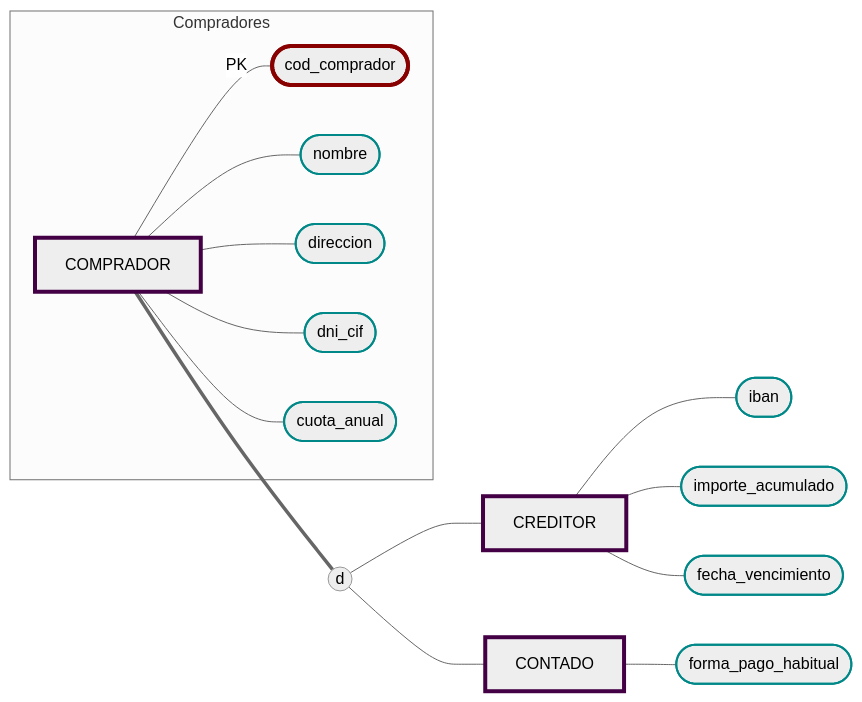
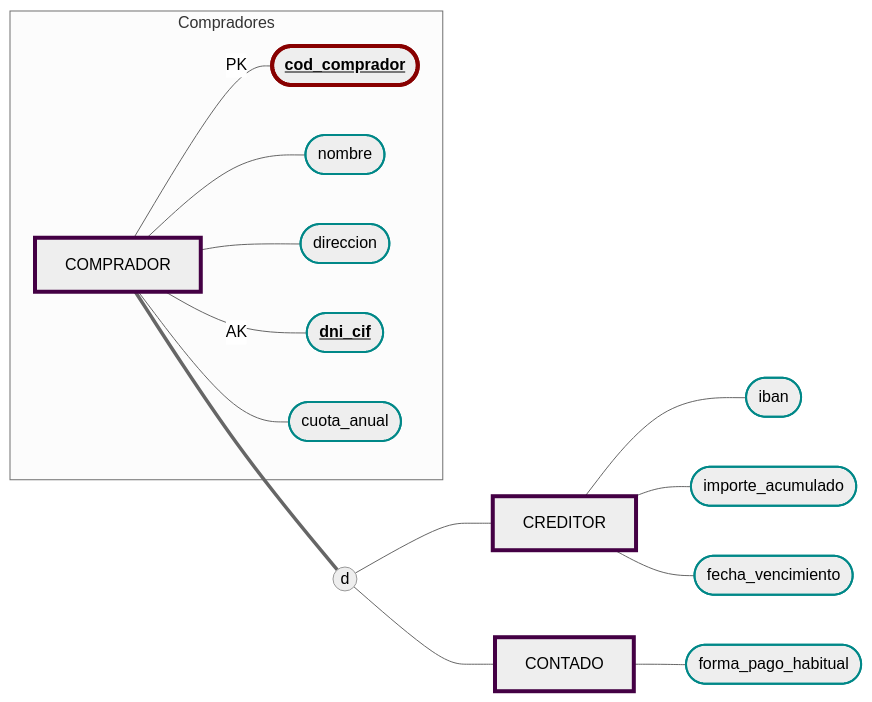
One commit to JulTob/BasesDeDatos changed the diagram in Practica/P1/Schema/Compradores.md. Above: the diagram before and after it, drawn with Mermaid (neutral theme). The commit also changed other lines of this file and 16 other files, not shown here.

````diff
--- a/Practica/P1/Schema/Compradores.md
+++ b/Practica/P1/Schema/Compradores.md
@@ -9,27 +9,27 @@
 ```mermaid
 flowchart LR
   classDef atributo stroke:#088,stroke-width:2px;
   classDef derivado stroke-width:3px, stroke-dasharray:3 3;
   classDef pk stroke:#800,stroke-width:4px;
   classDef fk stroke:#080,stroke-width:4px;
   classDef pkfk stroke:#880,stroke-width:4px;
   classDef entidad stroke:#404,stroke-width:4px;
 
   %% Atributos COMPRADOR
   subgraph Compradores
     Comprador[COMPRADOR]:::entidad
-    Comprador ---|PK| cod_comprador([cod_comprador]):::pk
+    Comprador ---|PK| cod_comprador(["<b><u>cod_comprador</u></b>"]):::pk
     Comprador --- nombre([nombre]):::atributo 
     Comprador --- direccion([direccion]):::atributo 
-    Comprador --- dni_cif([dni_cif]):::atributo 
+    Comprador ---|AK| dni_cif(["<b><u>dni_cif</u></b>"]):::atributo
     Comprador --- cuota_anual([cuota_anual]):::atributo 
     end
 
   Comprador === es((d))
   es --- Creditor[CREDITOR]:::entidad
   es --- Contado[CONTADO]:::entidad
   Creditor --- iban([iban]):::atributo
   Creditor --- importe_acumulado([importe_acumulado]):::atributo
   Creditor --- fecha_vencimiento([fecha_vencimiento]):::atributo
   Contado --- forma_pago_habitual([forma_pago_habitual]):::atributo
 ```
````
